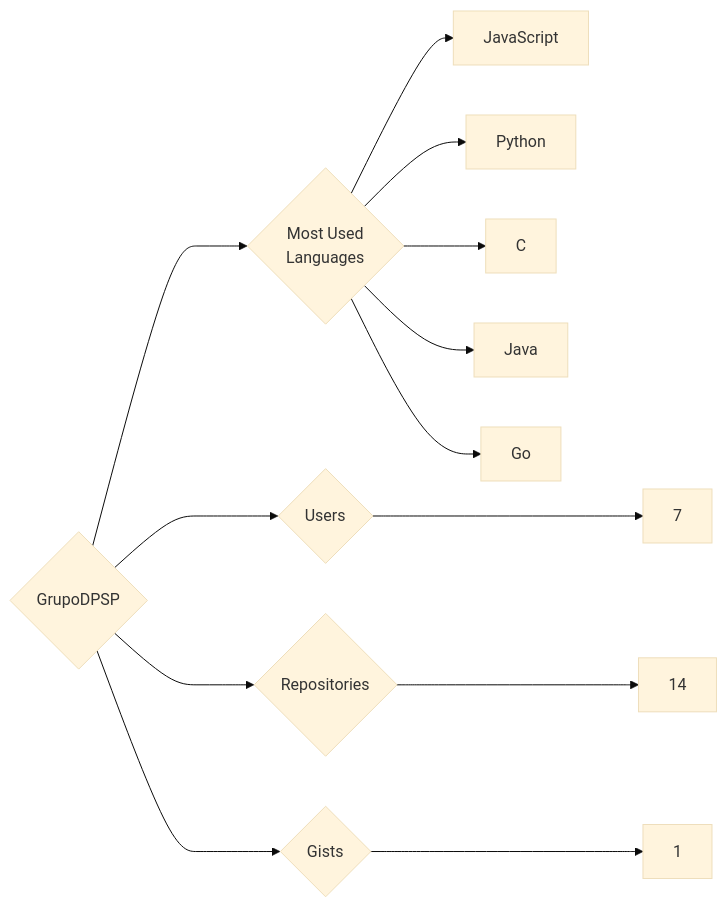
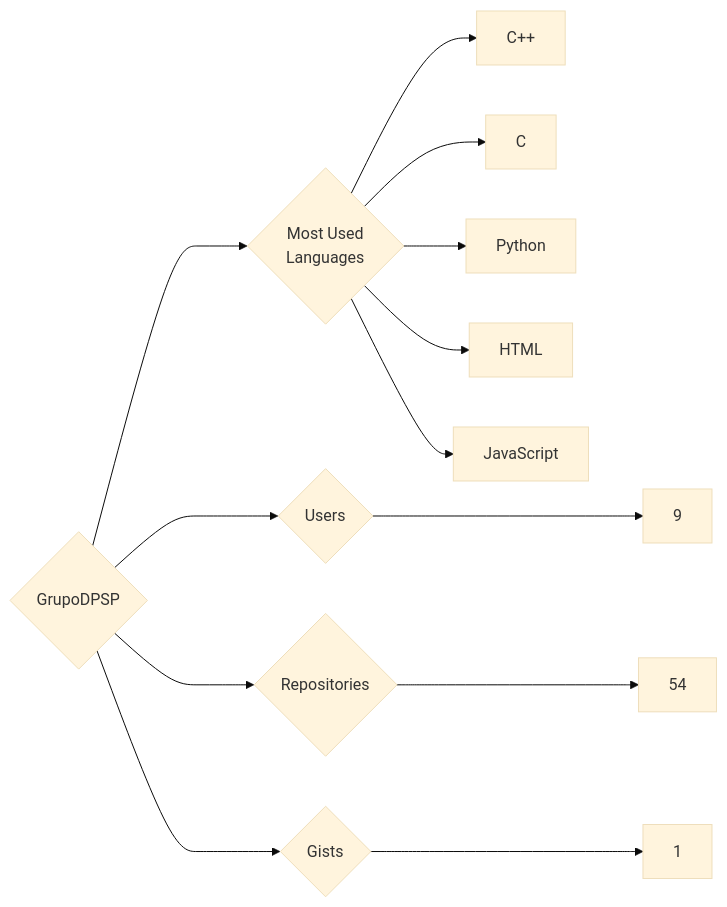
One commit to trickest/insiders changed the diagram in targets/GrupoDPSP/README.md. Above: the diagram before and after it, drawn with Mermaid (base theme). The commit also changed 1212 other files, not shown here.

````diff
--- a/targets/GrupoDPSP/README.md
+++ b/targets/GrupoDPSP/README.md
@@ -3,13 +3,13 @@
 ```mermaid
 graph LR
 COMPANY_NAME{GrupoDPSP}
-COMPANY_NAME ---> U{Users} ---> UN[7]
-COMPANY_NAME ---> R{Repositories} ---> RN[14]
+COMPANY_NAME ---> U{Users} ---> UN[9]
+COMPANY_NAME ---> R{Repositories} ---> RN[54]
 COMPANY_NAME ---> G{Gists} ---> GN[1]
 COMPANY_NAME ---> ML{Most Used<br>Languages}
+ML --> C++[C++]
+ML --> C[C]
+ML --> Python[Python]
+ML --> HTML[HTML]
 ML --> JavaScript[JavaScript]
-ML --> Python[Python]
-ML --> C[C]
-ML --> Java[Java]
-ML --> Go[Go]
 ```
````
